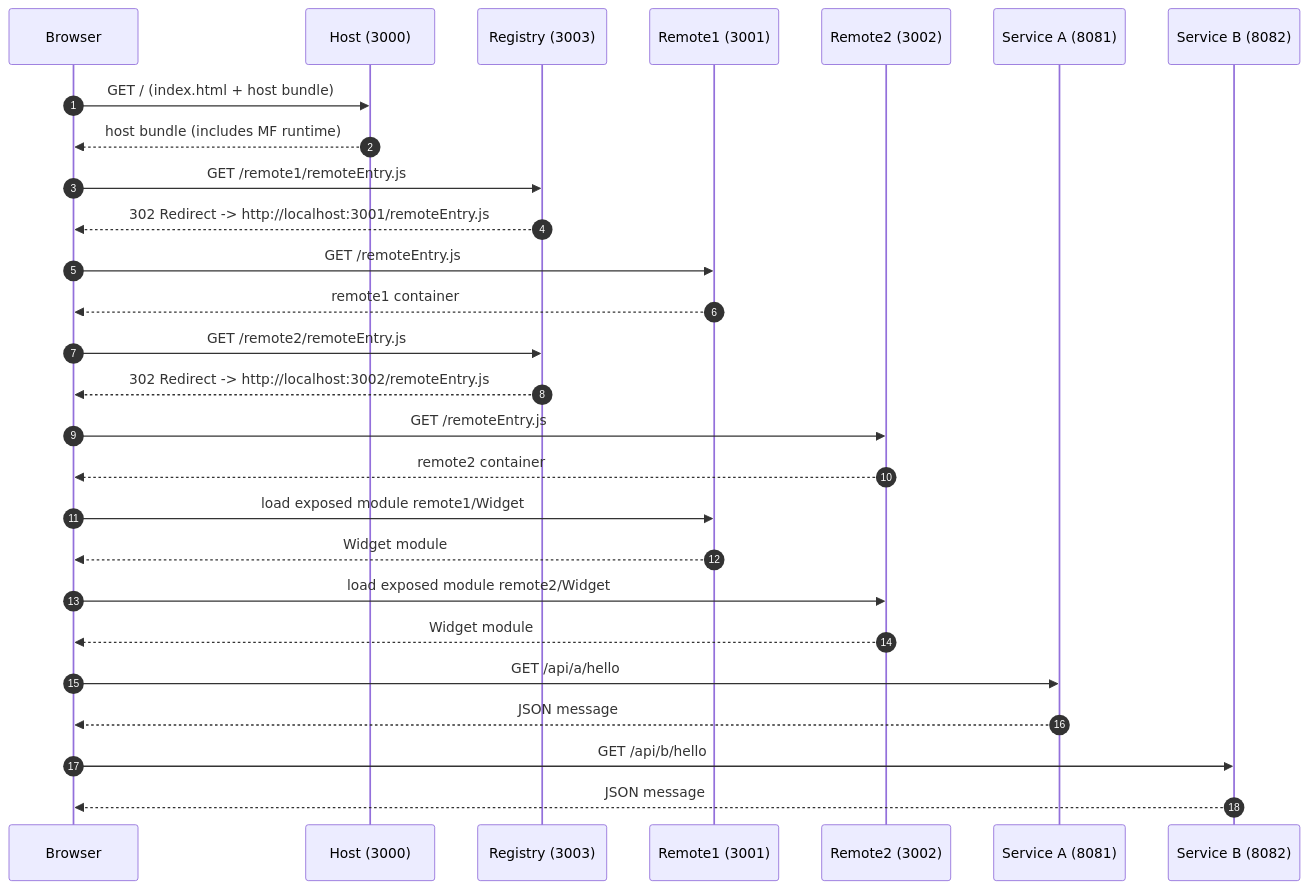
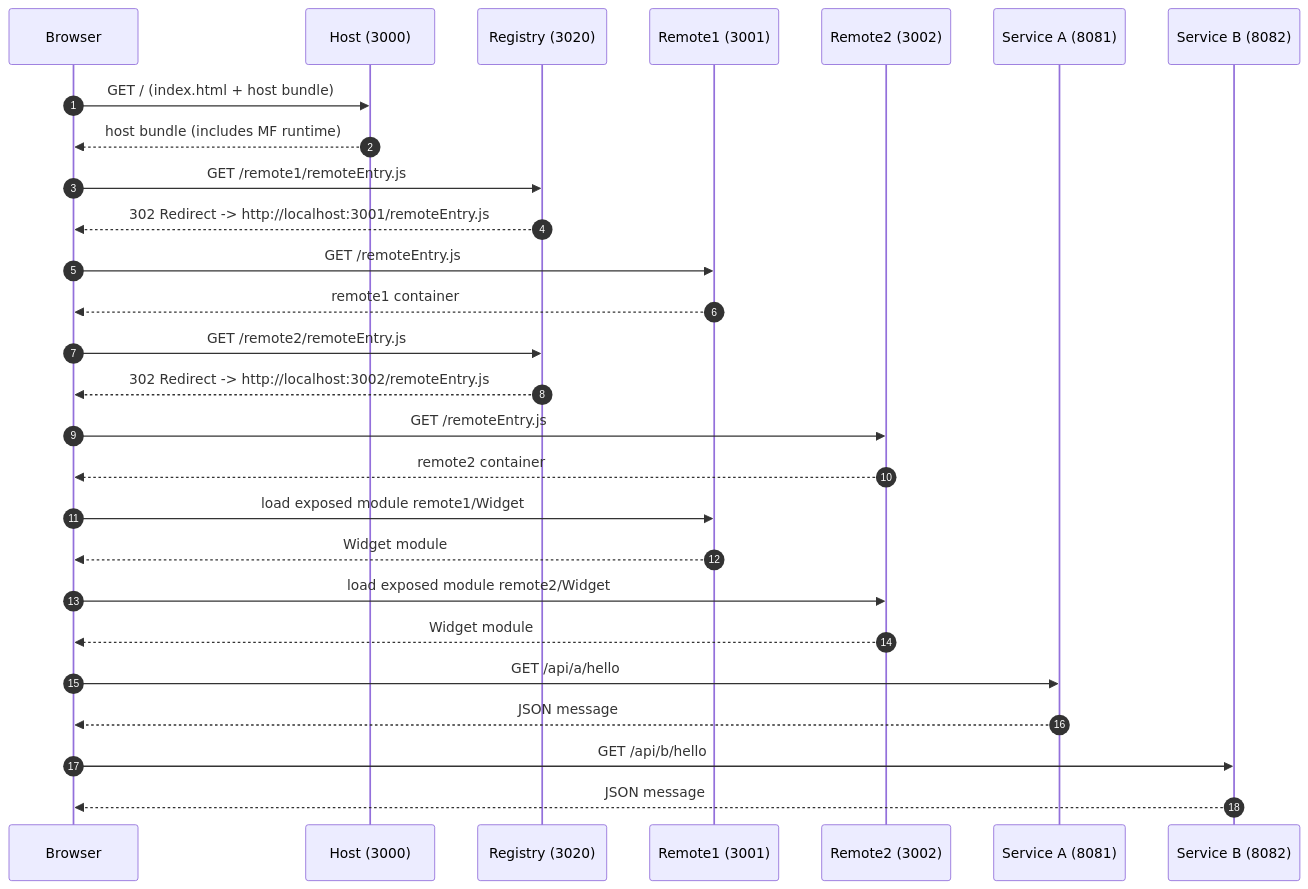
Before and after one commit to pmalirz/microfrontend-showcase: the diagram in README.md, drawn with Mermaid. The commit also changed other lines of this file and 14 other files, not shown here.

````diff
--- a/README.md
+++ b/README.md
@@ -74,37 +75,37 @@
 ```mermaid
 sequenceDiagram
   autonumber
   participant Browser
   participant HostDev as Host (3000)
-  participant Registry as Registry (3003)
+  participant Registry as Registry (3020)
   participant Remote1 as Remote1 (3001)
   participant Remote2 as Remote2 (3002)
   participant SvcA as Service A (8081)
   participant SvcB as Service B (8082)
 
   Browser->>HostDev: GET / (index.html + host bundle)
   HostDev-->>Browser: host bundle (includes MF runtime)
   
   %% Remote 1 Loading via Registry
   Browser->>Registry: GET /remote1/remoteEntry.js
   Registry-->>Browser: 302 Redirect -> http://localhost:3001/remoteEntry.js
   Browser->>Remote1: GET /remoteEntry.js
   Remote1-->>Browser: remote1 container
 
   %% Remote 2 Loading via Registry
   Browser->>Registry: GET /remote2/remoteEntry.js
   Registry-->>Browser: 302 Redirect -> http://localhost:3002/remoteEntry.js
   Browser->>Remote2: GET /remoteEntry.js
   Remote2-->>Browser: remote2 container
 
   %% Execution & Data Fetching
   Browser->>Remote1: load exposed module remote1/Widget
   Remote1-->>Browser: Widget module
   Browser->>Remote2: load exposed module remote2/Widget
   Remote2-->>Browser: Widget module
   
   Browser->>SvcA: GET /api/a/hello
   SvcA-->>Browser: JSON message
   Browser->>SvcB: GET /api/b/hello
   SvcB-->>Browser: JSON message
 ```
````
